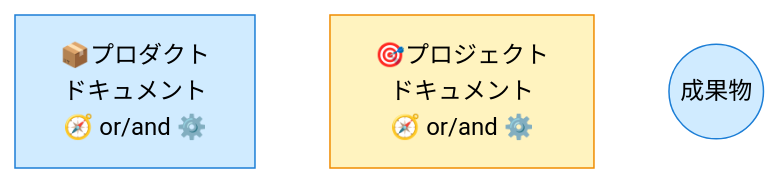
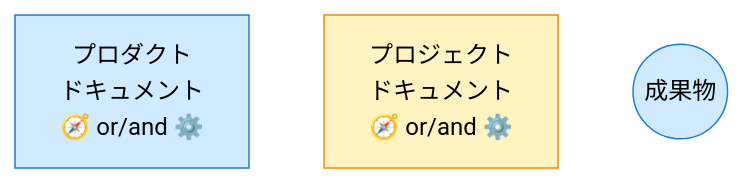
Before and after one commit to naoji3x/grandma-candy-shop: the first of 2 diagrams in docs/ja/handbook/guidelines/docs-structure-guide.md, drawn with Mermaid. The commit also changed other lines of this file and 1 other file, not shown here.

````diff
--- a/docs/ja/handbook/guidelines/docs-structure-guide.md
+++ b/docs/ja/handbook/guidelines/docs-structure-guide.md
@@ -58,11 +58,11 @@
 ```mermaid
 flowchart TB
-  プロダクトドキュメント["📦プロダクト<br>ドキュメント<br>🧭 or/and ⚙️"]
-  プロジェクトドキュメント["🎯プロジェクト<br>ドキュメント<br>🧭 or/and ⚙️"]
+  プロダクトドキュメント["プロダクト<br>ドキュメント<br>🧭 or/and ⚙️"]
+  プロジェクトドキュメント["プロジェクト<br>ドキュメント<br>🧭 or/and ⚙️"]
   成果物((成果物))
   classDef projectWise fill:#fff3bf,stroke:#f08c00,color:#000;
   classDef productSpec fill:#d0ebff,stroke:#1c7ed6,color:#000;
 
   class プロジェクトドキュメント projectWise;
   class プロダクトドキュメント,成果物 productSpec;
 ```
````
